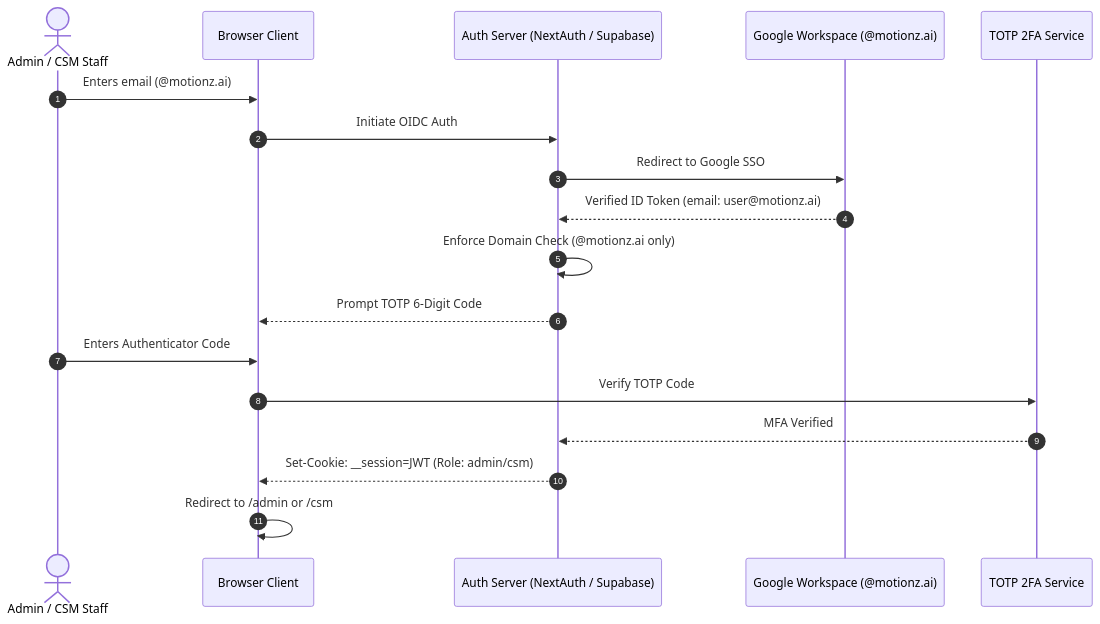
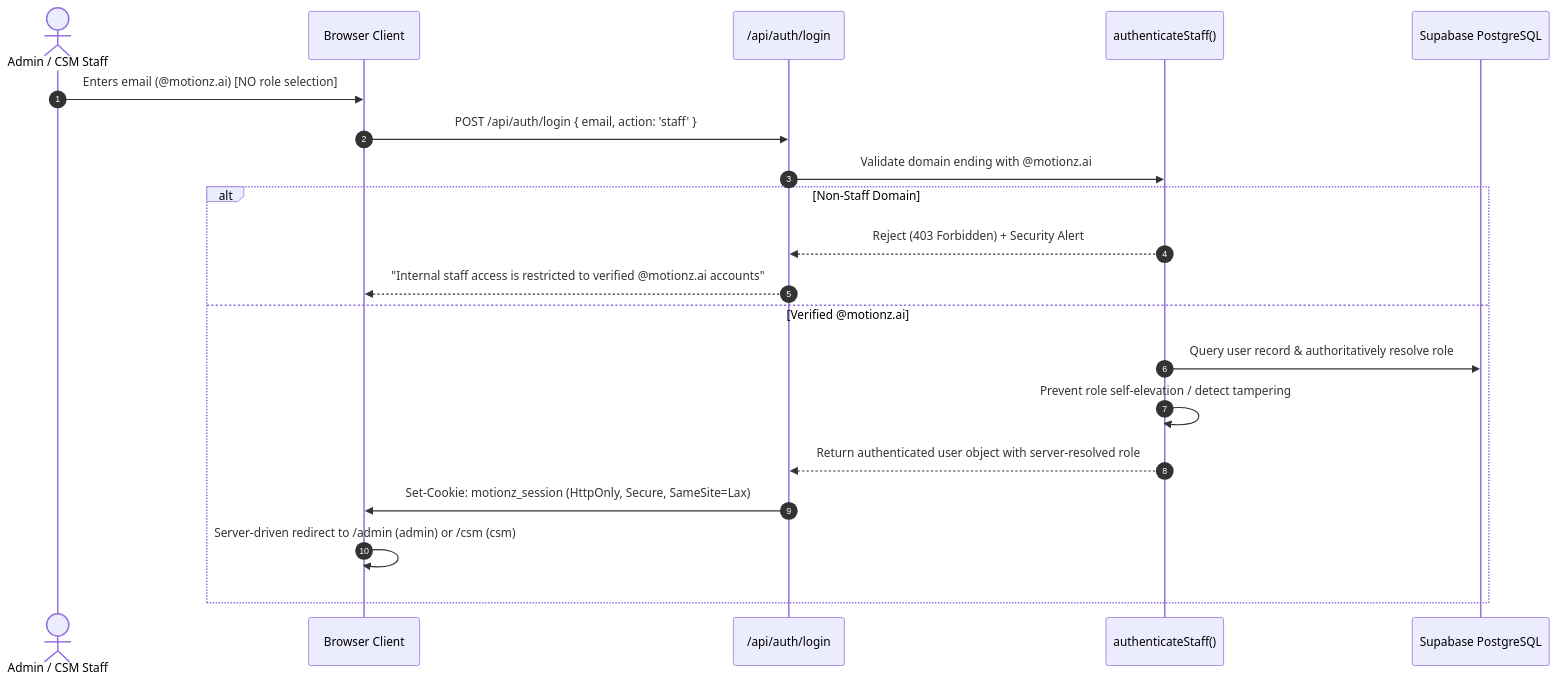
Before and after one commit to glomaint2025-ctrl/motionz-onboarding-portal: the first of 2 diagrams in docs/03-auth-and-access/authentication.md, drawn with Mermaid. The commit also changed other lines of this file and 122 other files, not shown here.

First line of the commit message:
feat: secure auth, email delivery, CSM scoping and per-client tracking sheets

````diff
--- a/docs/03-auth-and-access/authentication.md
+++ b/docs/03-auth-and-access/authentication.md
@@ -10,21 +11,23 @@
 ```mermaid
 sequenceDiagram
     autonumber
     actor Staff as Admin / CSM Staff
     participant Browser as Browser Client
-    participant Auth as Auth Server (NextAuth / Supabase)
-    participant OIDC as Google Workspace (@motionz.ai)
-    participant MFA as TOTP 2FA Service
+    participant API as /api/auth/login
+    participant StaffAuth as authenticateStaff()
+    participant DB as Supabase PostgreSQL
     
-    Staff->>Browser: Enters email (@motionz.ai)
-    Browser->>Auth: Initiate OIDC Auth
-    Auth->>OIDC: Redirect to Google SSO
-    OIDC-->>Auth: Verified ID Token (email: user@motionz.ai)
-    Auth->>Auth: Enforce Domain Check (@motionz.ai only)
-    Auth-->>Browser: Prompt TOTP 6-Digit Code
-    Staff->>Browser: Enters Authenticator Code
-    Browser->>MFA: Verify TOTP Code
-    MFA-->>Auth: MFA Verified
-    Auth-->>Browser: Set-Cookie: __session=JWT (Role: admin/csm)
-    Browser->>Browser: Redirect to /admin or /csm
+    Staff->>Browser: Enters email (@motionz.ai) [NO role selection]
+    Browser->>API: POST /api/auth/login { email, action: 'staff' }
+    API->>StaffAuth: Validate domain ending with @motionz.ai
+    alt Non-Staff Domain
+        StaffAuth-->>API: Reject (403 Forbidden) + Security Alert
+        API-->>Browser: "Internal staff access is restricted to verified @motionz.ai accounts"
+    else Verified @motionz.ai
+        StaffAuth->>DB: Query user record & authoritatively resolve role
+        StaffAuth->>StaffAuth: Prevent role self-elevation / detect tampering
+        StaffAuth-->>API: Return authenticated user object with server-resolved role
+        API->>Browser: Set-Cookie: motionz_session (HttpOnly, Secure, SameSite=Lax)
+        Browser->>Browser: Server-driven redirect to /admin (admin) or /csm (csm)
+    end
 ```
````
